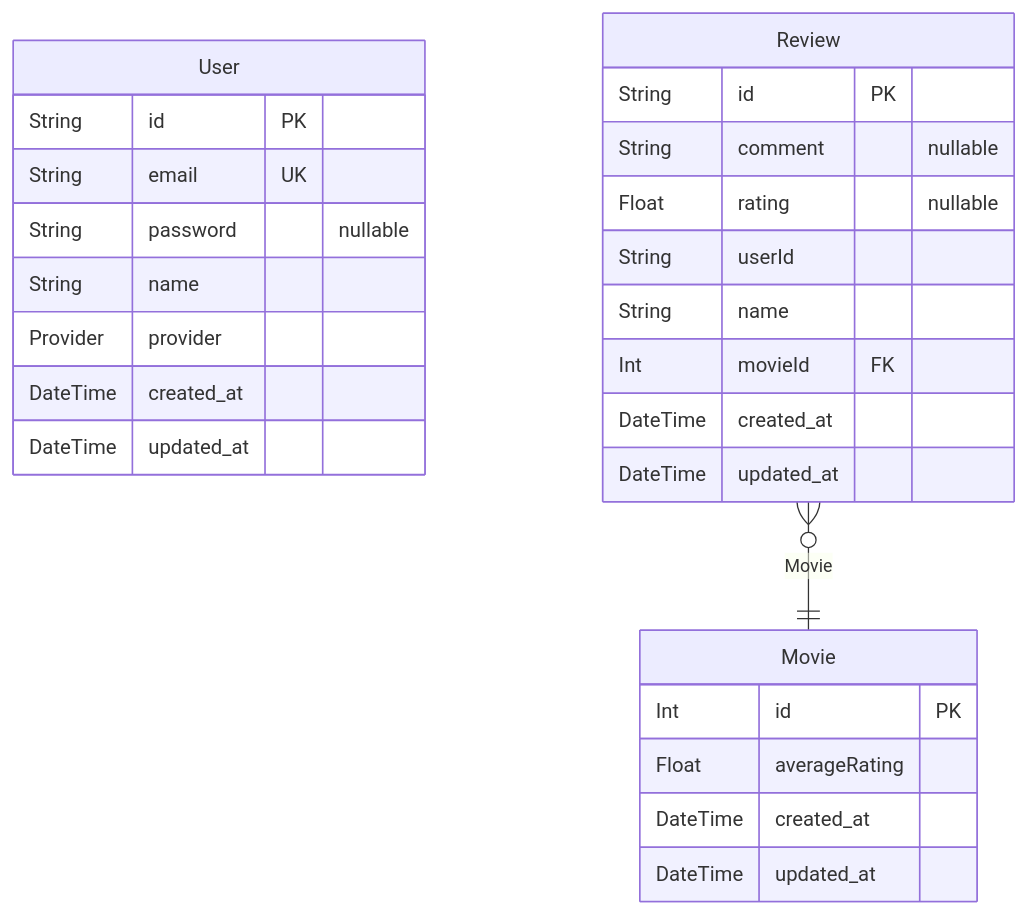
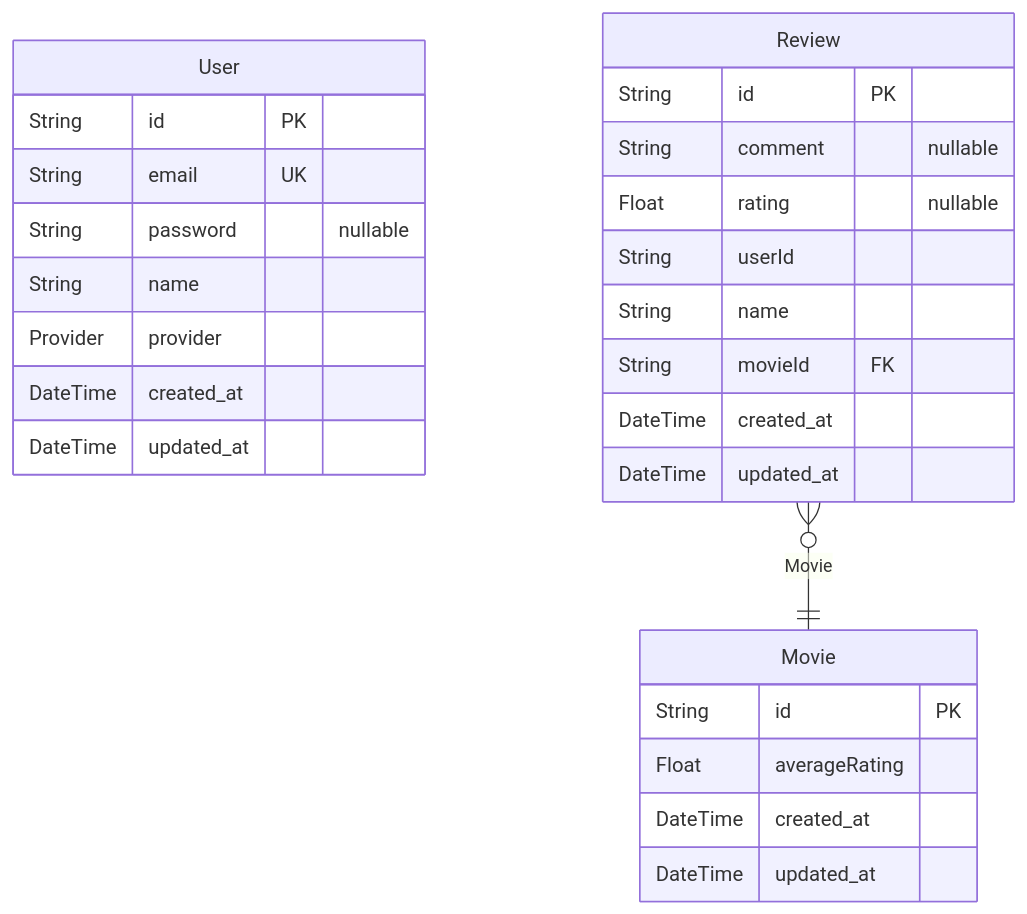
The diagram in server/prisma/ERD.md (hojun-lee99/web-project), drawn with Mermaid before and after one commit. The commit also changed 2 other files, not shown here.

Commit message:
db: movie id 타입 string으로 수정

````diff
--- a/server/prisma/ERD.md
+++ b/server/prisma/ERD.md
@@ -7,29 +7,29 @@
 ```mermaid
 erDiagram
 "User" {
   String id PK
   String email UK
   String password "nullable"
   String name
   Provider provider
   DateTime created_at
   DateTime updated_at
 }
 "Movie" {
-  Int id PK
+  String id PK
   Float averageRating
   DateTime created_at
   DateTime updated_at
 }
 "Review" {
   String id PK
   String comment "nullable"
   Float rating "nullable"
   String userId
   String name
-  Int movieId FK
+  String movieId FK
   DateTime created_at
   DateTime updated_at
 }
 "Review" }o--|| "Movie" : Movie
 ```
````
